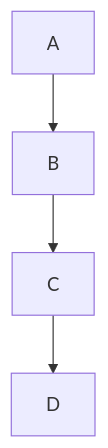
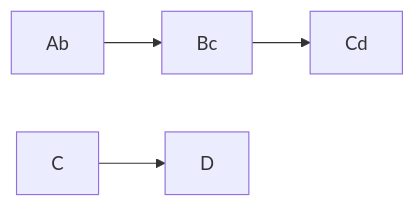
The diagram in 2-topic.md (awarbler/CSE212-Final-AW), drawn with Mermaid before and after one commit.

````diff
--- a/2-topic.md
+++ b/2-topic.md
@@ -14,6 +14,6 @@
 ```mermaid
-  graph TD;
-      A-->B;
-      B-->C;
+  graph LR;
+      Ab-->Bc;
+      Bc-->Cd;
       C-->D;
 ```
````
